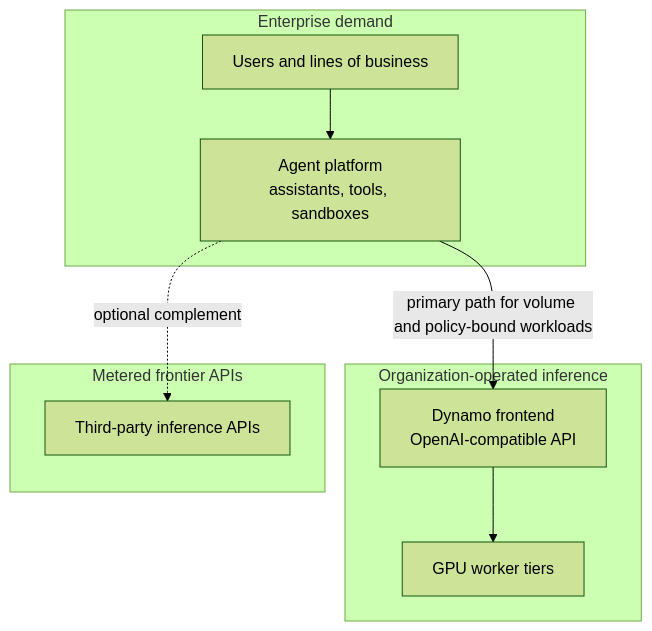
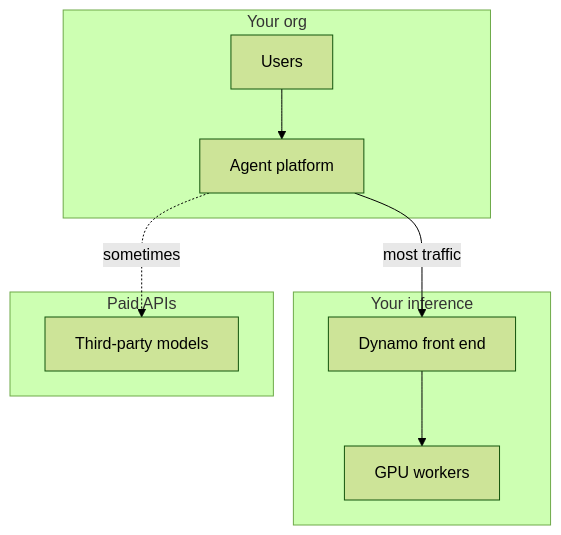
One commit to NVIDIA/nim-deploy changed the second of 6 diagrams in cloud-service-providers/azure/workshops/aks-nemoclaw/README.md. Above: the diagram before and after it, drawn with Mermaid (forest theme). The commit also changed other lines of this file, not shown here.

````diff
--- a/cloud-service-providers/azure/workshops/aks-nemoclaw/README.md
+++ b/cloud-service-providers/azure/workshops/aks-nemoclaw/README.md
@@ -86,18 +91,18 @@
 ```mermaid
 flowchart TB
-  subgraph Demand["Enterprise demand"]
-    U[Users and lines of business]
-    AP[Agent platform\nassistants, tools, sandboxes]
+  subgraph Demand["Your org"]
+    U[Users]
+    AP[Agent platform]
     U --> AP
   end
-  subgraph OpInf["Organization-operated inference"]
-    FE[Dynamo frontend\nOpenAI-compatible API]
-    W[GPU worker tiers]
+  subgraph Own["Your inference"]
+    FE[Dynamo front end]
+    W[GPU workers]
     FE --> W
   end
-  subgraph Metered["Metered frontier APIs"]
-    API[Third-party inference APIs]
+  subgraph Buy["Paid APIs"]
+    API[Third-party models]
   end
-  AP -->|"primary path for volume and policy-bound workloads"| FE
-  AP -.->|"optional complement"| API
+  AP -->|"most traffic"| FE
+  AP -.->|"sometimes"| API
 ```
````
